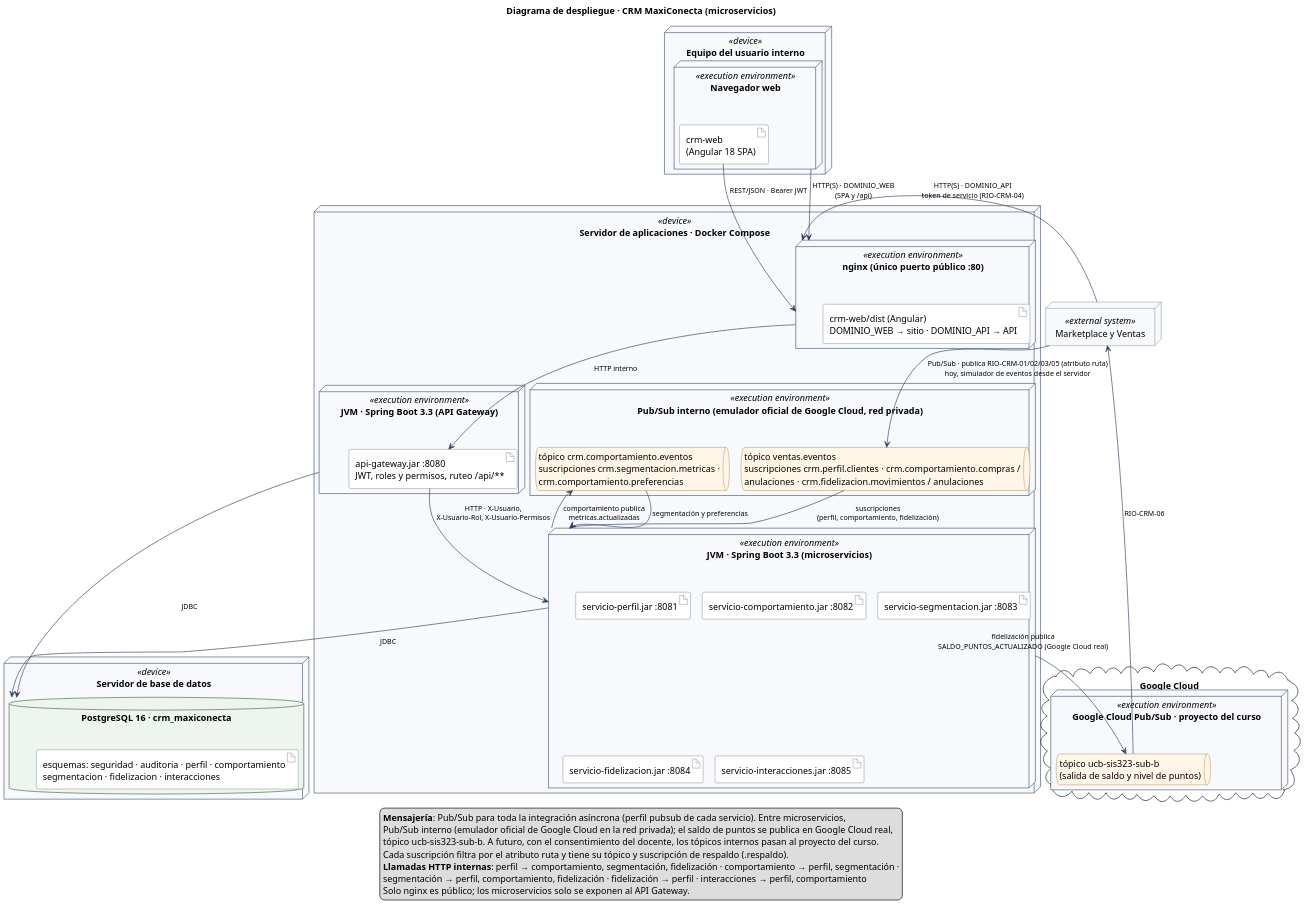
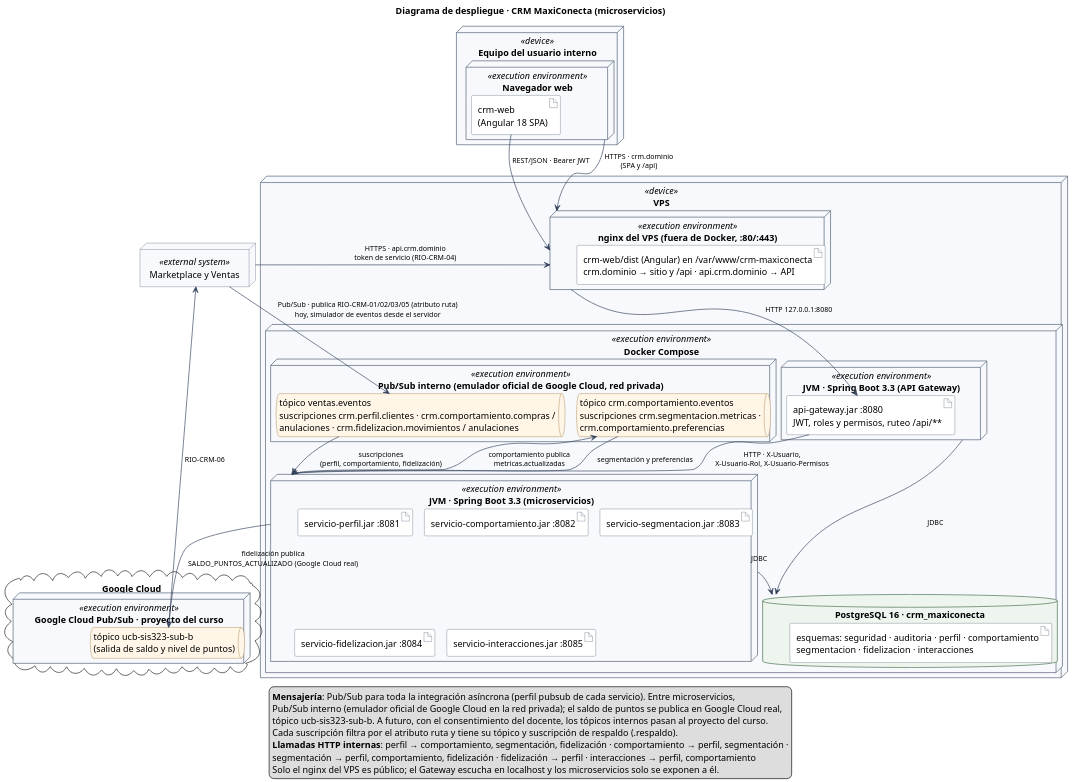
Before and after one commit to daniel69zz/equipob-crm: the diagram in docs/despliegue/diagrama-despliegue.puml, drawn with PlantUML. The commit also changed 1 other file, not shown here.

Commit message:
docs(despliegue): SCRUM-633 actualizar el diagrama de despliegue con el nginx del vps

```diff
--- a/docs/despliegue/diagrama-despliegue.puml
+++ b/docs/despliegue/diagrama-despliegue.puml
@@ -1,102 +1,102 @@
 @startuml 00-despliegue-microservicios
 ' Diagrama de despliegue UML del CRM MaxiConecta (Sprint 3).
 ' Fuente: backend/*/src/main/resources/application*.yml, frontend/crm-web/proxy.conf.json,
 ' docs/mensajeria/pubsub.md, docs/seguridad/matriz-permisos.md y las migraciones Flyway.
 !pragma layout smetana
 skinparam dpi 150
 skinparam defaultFontName Helvetica
 skinparam shadowing false
 skinparam nodesep 60
 skinparam ranksep 70
 skinparam node {
   BackgroundColor #F7F9FC
   BorderColor #4A5A70
 }
 skinparam artifact {
   BackgroundColor #FFFFFF
   BorderColor #4A5A70
 }
 skinparam database {
   BackgroundColor #EEF5EE
   BorderColor #3F6B45
 }
 skinparam queue {
   BackgroundColor #FFF6E8
   BorderColor #8A5A12
 }
 skinparam note {
   BackgroundColor #FFFDF2
   BorderColor #B8A86A
 }
 skinparam ArrowColor #33415C
 skinparam ArrowFontSize 11
 
 title Diagrama de despliegue · CRM MaxiConecta (microservicios)
 
 node "Equipo del usuario interno" <<device>> as equipo {
   node "Navegador web" <<execution environment>> as navegador {
     artifact "crm-web\n(Angular 18 SPA)" as spa
   }
 }
 
 
 node "Marketplace y Ventas" <<external system>> as ventas
 
-node "Servidor de aplicaciones · Docker Compose" <<device>> as app {
-  node "nginx (único puerto público :80)" <<execution environment>> as web {
-    artifact "crm-web/dist (Angular)\nDOMINIO_WEB → sitio · DOMINIO_API → API" as dist
+node "VPS" <<device>> as app {
+  node "nginx del VPS (fuera de Docker, :80/:443)" <<execution environment>> as web {
+    artifact "crm-web/dist (Angular) en /var/www/crm-maxiconecta\ncrm.dominio → sitio y /api · api.crm.dominio → API" as dist
   }
+  node "Docker Compose" <<execution environment>> as compose {
   node "JVM · Spring Boot 3.3 (API Gateway)" <<execution environment>> as jvmgw {
     artifact "api-gateway.jar :8080\nJWT, roles y permisos, ruteo /api/**" as gw
   }
   node "JVM · Spring Boot 3.3 (microservicios)" <<execution environment>> as jvmsvc {
     artifact "servicio-perfil.jar :8081" as perfil
     artifact "servicio-comportamiento.jar :8082" as comp
     artifact "servicio-segmentacion.jar :8083" as seg
     artifact "servicio-fidelizacion.jar :8084" as fid
     artifact "servicio-interacciones.jar :8085" as inter
   }
   node "Pub/Sub interno (emulador oficial de Google Cloud, red privada)" <<execution environment>> as pubsub {
     queue "tópico ventas.eventos\nsuscripciones crm.perfil.clientes · crm.comportamiento.compras /\nanulaciones · crm.fidelizacion.movimientos / anulaciones" as tventas
     queue "tópico crm.comportamiento.eventos\nsuscripciones crm.segmentacion.metricas ·\ncrm.comportamiento.preferencias" as tcrm
   }
+  database "PostgreSQL 16 · crm_maxiconecta" as pg {
+    artifact "esquemas: seguridad · auditoria · perfil · comportamiento\nsegmentacion · fidelizacion · interacciones" as esquemas
+  }
+  }
 }
 
 cloud "Google Cloud" as gcp {
   node "Google Cloud Pub/Sub · proyecto del curso" <<execution environment>> as pubsubgcp {
     queue "tópico ucb-sis323-sub-b\n(salida de saldo y nivel de puntos)" as tsalida
   }
 }
 
-node "Servidor de base de datos" <<device>> as srvdb {
-  database "PostgreSQL 16 · crm_maxiconecta" as pg {
-    artifact "esquemas: seguridad · auditoria · perfil · comportamiento\nsegmentacion · fidelizacion · interacciones" as esquemas
-  }
-}
 
-navegador --> web : HTTP(S) · DOMINIO_WEB\n(SPA y /api)
+navegador --> web : HTTPS · crm.dominio\n(SPA y /api)
 spa --> web : REST/JSON · Bearer JWT
-ventas --> web : HTTP(S) · DOMINIO_API\ntoken de servicio (RIO-CRM-04)
-web --> gw : HTTP interno
+ventas --> web : HTTPS · api.crm.dominio\ntoken de servicio (RIO-CRM-04)
+web --> gw : HTTP 127.0.0.1:8080
 gw --> jvmsvc : HTTP · X-Usuario,\nX-Usuario-Rol, X-Usuario-Permisos
 
 ventas --> tventas : Pub/Sub · publica RIO-CRM-01/02/03/05 (atributo ruta)\nhoy, simulador de eventos desde el servidor
 tventas --> jvmsvc : suscripciones\n(perfil, comportamiento, fidelización)
 jvmsvc --> tcrm : comportamiento publica\nmetricas.actualizadas
 tcrm --> jvmsvc : segmentación y preferencias
 jvmsvc --> tsalida : fidelización publica\nSALDO_PUNTOS_ACTUALIZADO (Google Cloud real)
 tsalida --> ventas : RIO-CRM-06
 
 jvmgw --> pg : JDBC
 jvmsvc --> pg : JDBC
 
 legend bottom
   <b>Mensajería</b>: Pub/Sub para toda la integración asíncrona (perfil pubsub de cada servicio). Entre microservicios,
   Pub/Sub interno (emulador oficial de Google Cloud en la red privada); el saldo de puntos se publica en Google Cloud real,
   tópico ucb-sis323-sub-b. A futuro, con el consentimiento del docente, los tópicos internos pasan al proyecto del curso.
   Cada suscripción filtra por el atributo ruta y tiene su tópico y suscripción de respaldo (.respaldo).
   <b>Llamadas HTTP internas</b>: perfil → comportamiento, segmentación, fidelización · comportamiento → perfil, segmentación ·
   segmentación → perfil, comportamiento, fidelización · fidelización → perfil · interacciones → perfil, comportamiento
-  Solo nginx es público; los microservicios solo se exponen al API Gateway.
+  Solo el nginx del VPS es público; el Gateway escucha en localhost y los microservicios solo se exponen a él.
 endlegend
 @enduml
```
